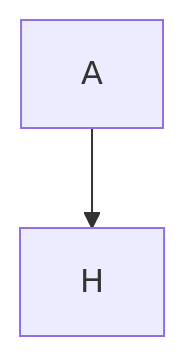
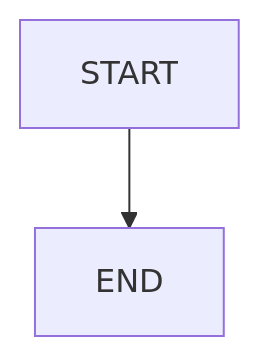
Before and after one commit to git-jrm/ing-datos-M5: the diagram in README.md, drawn with Mermaid.

````diff
--- a/README.md
+++ b/README.md
@@ -84,4 +84,4 @@
 ```mermaid
 graph TD;
-  A-->H;
+  START-->END;
 ```
````
